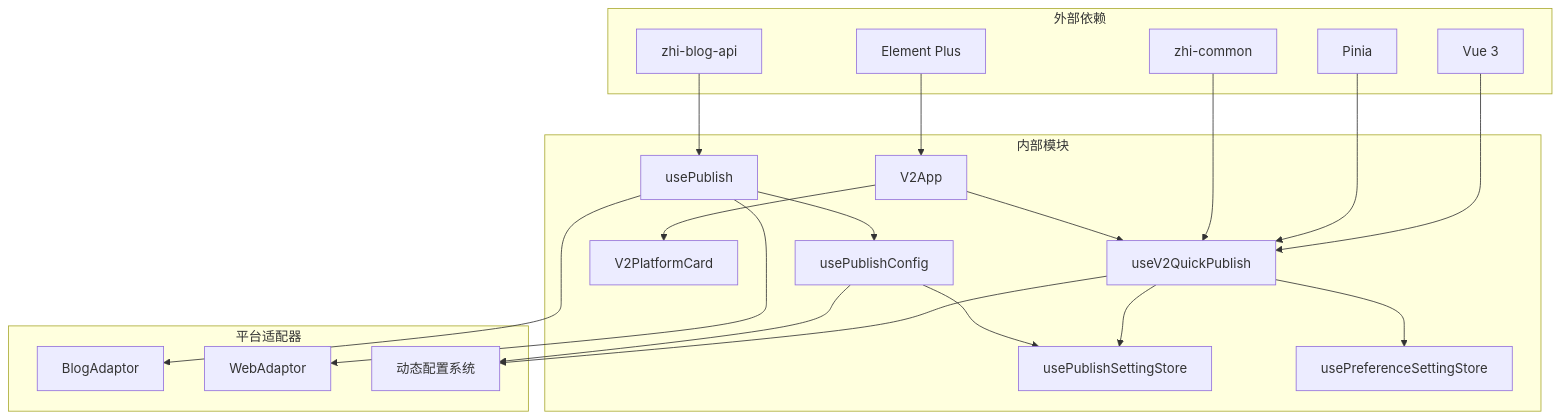
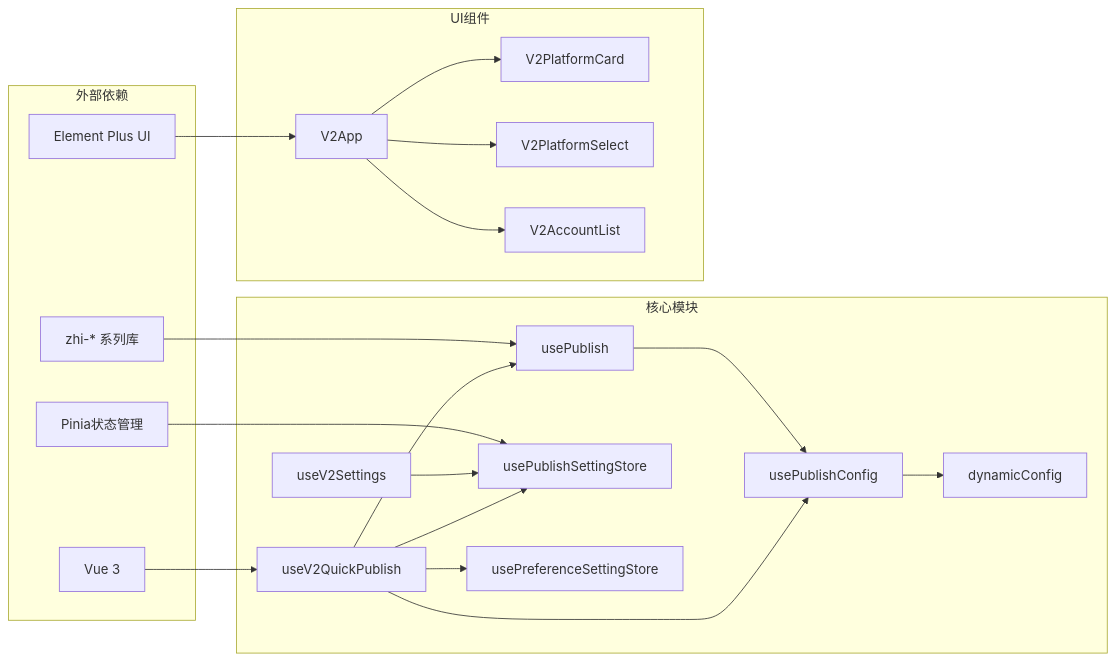
The sixth of 6 diagrams in .qoder/repowiki/zh/content/核心架构/组件架构设计/Composition API设计模式/V2 快速发布组合式函数.md (terwer/siyuan-plugin-publisher), drawn with Mermaid before and after one commit. The commit also changed other lines of this file and 16 other files, not shown here.

````diff
--- a/.qoder/repowiki/zh/content/核心架构/组件架构设计/Composition API设计模式/V2 快速发布组合式函数.md
+++ b/.qoder/repowiki/zh/content/核心架构/组件架构设计/Composition API设计模式/V2 快速发布组合式函数.md
@@ -346,39 +284,27 @@
 ```mermaid
-graph TB
+graph LR
 subgraph "外部依赖"
-A[Vue 3]
-B[Pinia]
-C[Element Plus]
-D[zhi-blog-api]
-E[zhi-common]
+Vue[Vue 3]
+Pinia[Pinia状态管理]
+ElementPlus[Element Plus UI]
+ZhiLib[zhi-* 系列库]
 end
-subgraph "内部模块"
-F[useV2QuickPublish]
-G[V2App]
-H[V2PlatformCard]
-I[usePublish]
-J[usePublishConfig]
-K[usePublishSettingStore]
-L[usePreferenceSettingStore]
+subgraph "核心模块"
+useV2QuickPublish --> usePublish
+useV2QuickPublish --> usePublishConfig
+useV2QuickPublish --> usePublishSettingStore
+useV2QuickPublish --> usePreferenceSettingStore
+useV2Settings --> usePublishSettingStore
+usePublish --> usePublishConfig
+usePublishConfig --> dynamicConfig
 end
-subgraph "平台适配器"
-M[BlogAdaptor]
-N[WebAdaptor]
-O[动态配置系统]
+subgraph "UI组件"
+V2App --> V2PlatformCard
+V2App --> V2PlatformSelect
+V2App --> V2AccountList
 end
-A --> F
-B --> F
-C --> G
-D --> I
-E --> F
-F --> K
-F --> L
-F --> O
-G --> F
-G --> H
-I --> J
-J --> K
-J --> O
-I --> M
-I --> N
+Vue --> useV2QuickPublish
+Pinia --> usePublishSettingStore
+ZhiLib --> usePublish
+ElementPlus --> V2App
 ```
````
